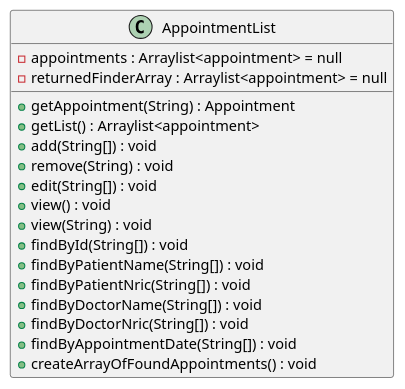
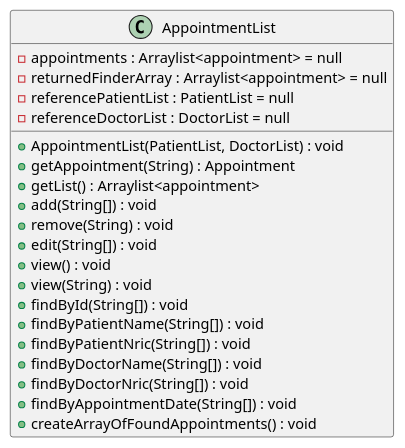
One commit to nus-cs2113-AY2122S2/tp changed the diagram in docs/diagrams/AppointmentListUML.puml. Above: the diagram before and after it, drawn with PlantUML. The commit also changed 4 other files, not shown here.

```diff
--- a/docs/diagrams/AppointmentListUML.puml
+++ b/docs/diagrams/AppointmentListUML.puml
@@ -1,22 +1,25 @@
 @startuml
 
 class AppointmentList {
 -appointments : Arraylist<appointment> = null
 -returnedFinderArray : Arraylist<appointment> = null
+-referencePatientList : PatientList = null
+-referenceDoctorList : DoctorList = null
++AppointmentList(PatientList, DoctorList) : void
 +getAppointment(String) : Appointment
 +getList() : Arraylist<appointment>
 +add(String[]) : void
 +remove(String) : void
 +edit(String[]) : void
 +view() : void
 +view(String) : void
 +findById(String[]) : void
 +findByPatientName(String[]) : void
 +findByPatientNric(String[]) : void
 +findByDoctorName(String[]) : void
 +findByDoctorNric(String[]) : void
 +findByAppointmentDate(String[]) : void
 +createArrayOfFoundAppointments() : void
 }
 
 @enduml
```
